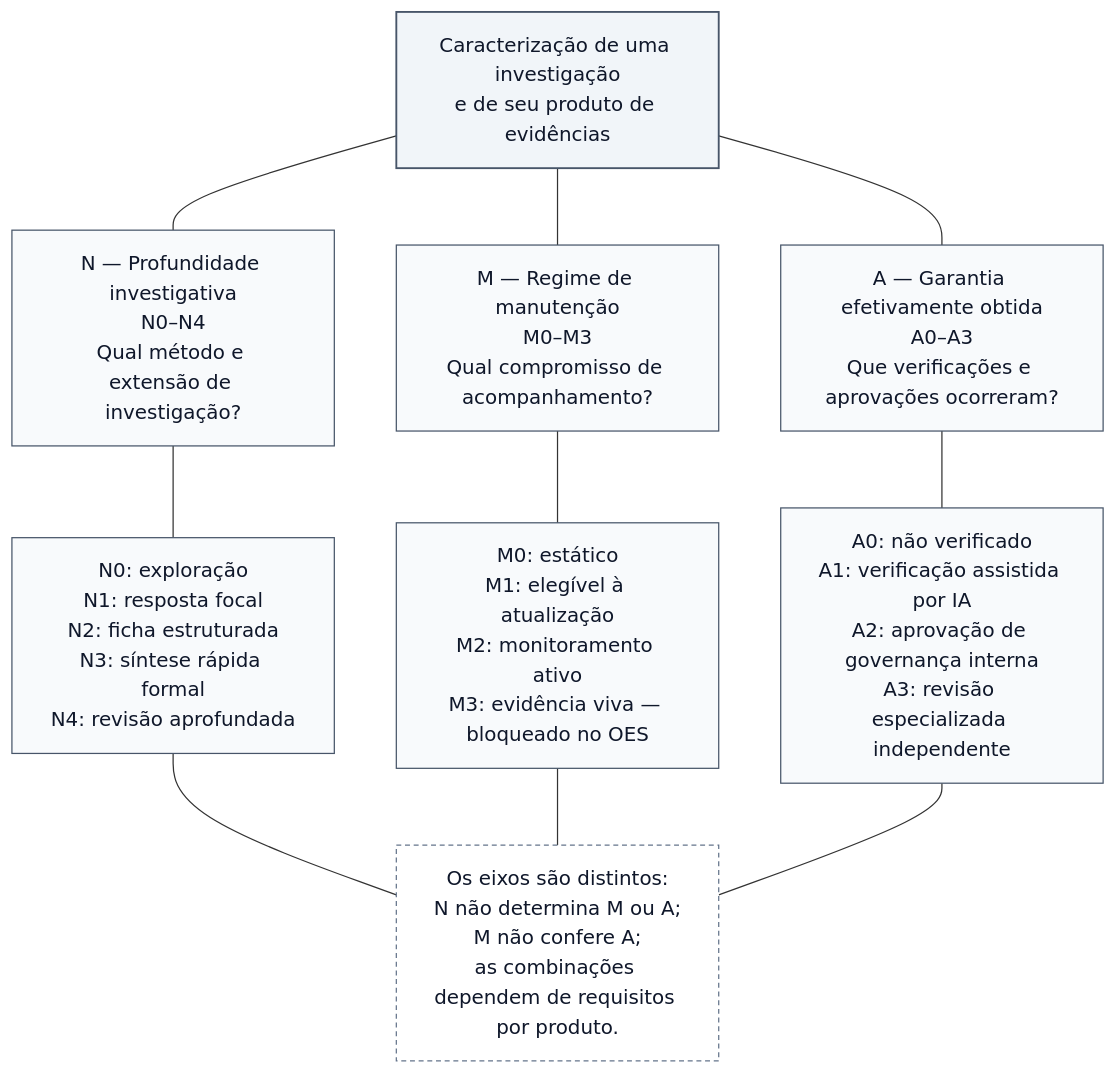
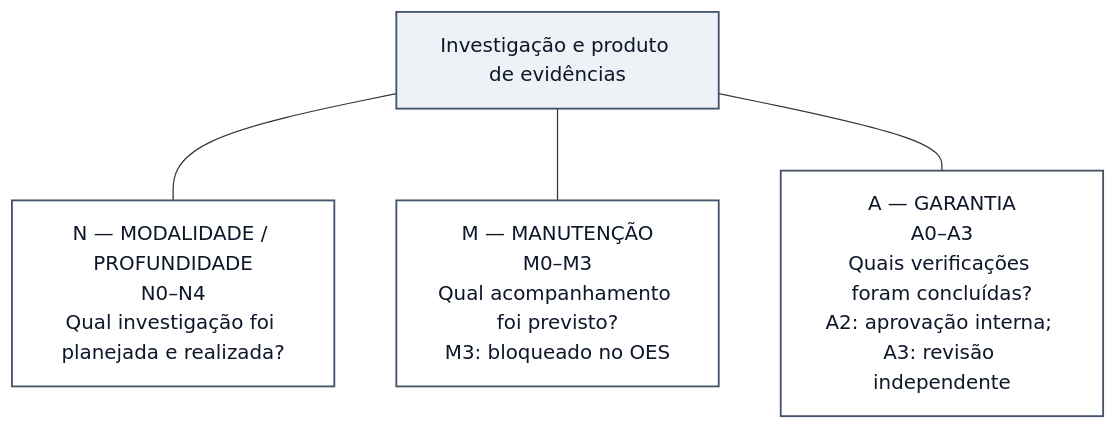
One commit to rogerio-raposo/observatorio-evidencias-saude changed the diagram in docs/scientific-communication/figuras/figura-02-dimensoes-n-m-a-prototipo.md. Above: the diagram before and after it, drawn with Mermaid. The commit also changed other lines of this file, not shown here.

Commit message:
docs: simplify Figure 2 semantic panels for A4 layout

````diff
--- a/docs/scientific-communication/figuras/figura-02-dimensoes-n-m-a-prototipo.md
+++ b/docs/scientific-communication/figuras/figura-02-dimensoes-n-m-a-prototipo.md
@@ -13,23 +13,13 @@
 ```mermaid
 flowchart TB
-    P["Caracterização de uma investigação<br/>e de seu produto de evidências"]
-    P --- N["N — Profundidade investigativa<br/>N0–N4<br/>Qual método e extensão de investigação?"]
-    P --- M["M — Regime de manutenção<br/>M0–M3<br/>Qual compromisso de acompanhamento?"]
-    P --- A["A — Garantia efetivamente obtida<br/>A0–A3<br/>Que verificações e aprovações ocorreram?"]
+    P["Investigação e produto de evidências"]
 
-    N --- NL["N0: exploração<br/>N1: resposta focal<br/>N2: ficha estruturada<br/>N3: síntese rápida formal<br/>N4: revisão aprofundada"]
-    M --- ML["M0: estático<br/>M1: elegível à atualização<br/>M2: monitoramento ativo<br/>M3: evidência viva — bloqueado no OES"]
-    A --- AL["A0: não verificado<br/>A1: verificação assistida por IA<br/>A2: aprovação de governança interna<br/>A3: revisão especializada independente"]
+    P --- N["N — MODALIDADE / PROFUNDIDADE<br/>N0–N4<br/>Qual investigação foi planejada e realizada?"]
+    P --- M["M — MANUTENÇÃO<br/>M0–M3<br/>Qual acompanhamento foi previsto?<br/>M3: bloqueado no OES"]
+    P --- A["A — GARANTIA<br/>A0–A3<br/>Quais verificações foram concluídas?<br/>A2: aprovação interna; A3: revisão independente"]
 
-    L["Os eixos são distintos:<br/>N não determina M ou A;<br/>M não confere A;<br/>as combinações dependem de requisitos por produto."]
-    NL --- L
-    ML --- L
-    AL --- L
-
-    classDef main fill:#F1F5F9,stroke:#475569,color:#0F172A,stroke-width:1.5px
-    classDef panel fill:#F8FAFC,stroke:#475569,color:#0F172A
-    classDef note fill:#FFFFFF,stroke:#64748B,color:#0F172A,stroke-dasharray:4 3
-    class P main
-    class N,M,A,NL,ML,AL panel
-    class L note
+    classDef central fill:#EDF2F7,stroke:#475569,color:#0F172A,stroke-width:1.5px
+    classDef axis fill:#FFFFFF,stroke:#475569,color:#0F172A,stroke-width:1.5px
+    class P central
+    class N,M,A axis
 ```
````
